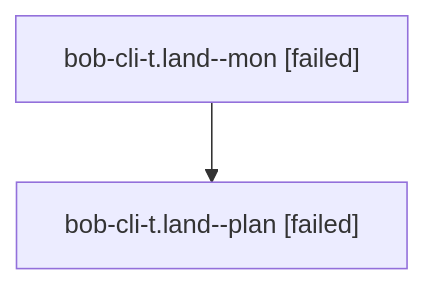
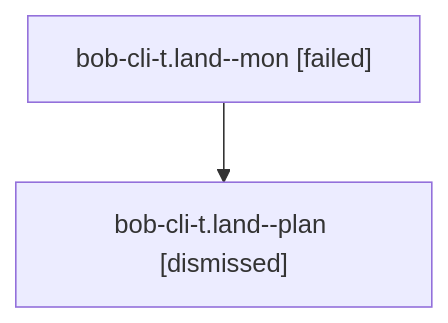
One commit to bobs-org/bob-cli--agents changed the diagram in families/bbugyi200.athena.bob-cli-t.land.md. Above: the diagram before and after it, drawn with Mermaid. The commit also changed other lines of this file and 141 other files, not shown here.

````diff
--- a/families/bbugyi200.athena.bob-cli-t.land.md
+++ b/families/bbugyi200.athena.bob-cli-t.land.md
@@ -9,6 +9,6 @@
 ```mermaid
 flowchart TD
   n0["bob-cli-t.land--mon [failed]"]
-  n1["bob-cli-t.land--plan [failed]"]
+  n1["bob-cli-t.land--plan [dismissed]"]
   n0 --> n1
 ```
````
